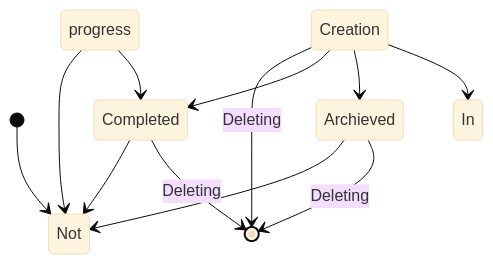
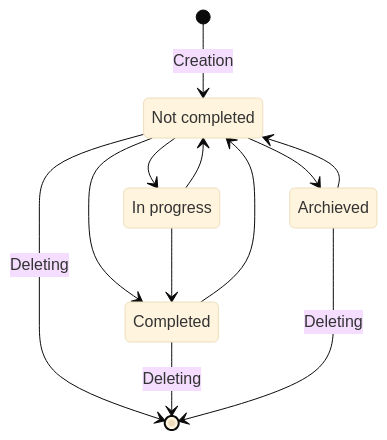
One commit to Kibnet/Unlimotion changed the diagram in README.md. Above: the diagram before and after it, drawn with Mermaid (base theme). The commit also changed 1 other file, not shown here.

Commit message:
fix: Исправил отображение схем

````diff
--- a/README.md
+++ b/README.md
@@ -32,14 +32,18 @@
 ```mermaid
 stateDiagram-v2
-    [*] --> Not completed: Creation
-    Not completed --> [*]: Deleting
-    Not completed --> Completed
-    Not completed --> Archieved
-    Not completed --> In progress
-    In progress --> Not completed
-    In progress --> Completed
-    Completed --> Not completed
-    Completed--> [*]: Deleting
-    Archieved --> Not completed
-    Archieved --> [*]: Deleting
+    uncomplited: Not completed
+    inprogress: In progress
+    archieved: Archieved
+    completed: Completed
+    [*] --> uncomplited: Creation
+    uncomplited --> [*]: Deleting
+    completed--> [*]: Deleting
+    archieved --> [*]: Deleting
+    uncomplited --> completed
+    uncomplited --> archieved
+    uncomplited --> inprogress
+    inprogress --> uncomplited
+    inprogress --> completed
+    completed --> uncomplited
+    archieved --> uncomplited
 ```
````
